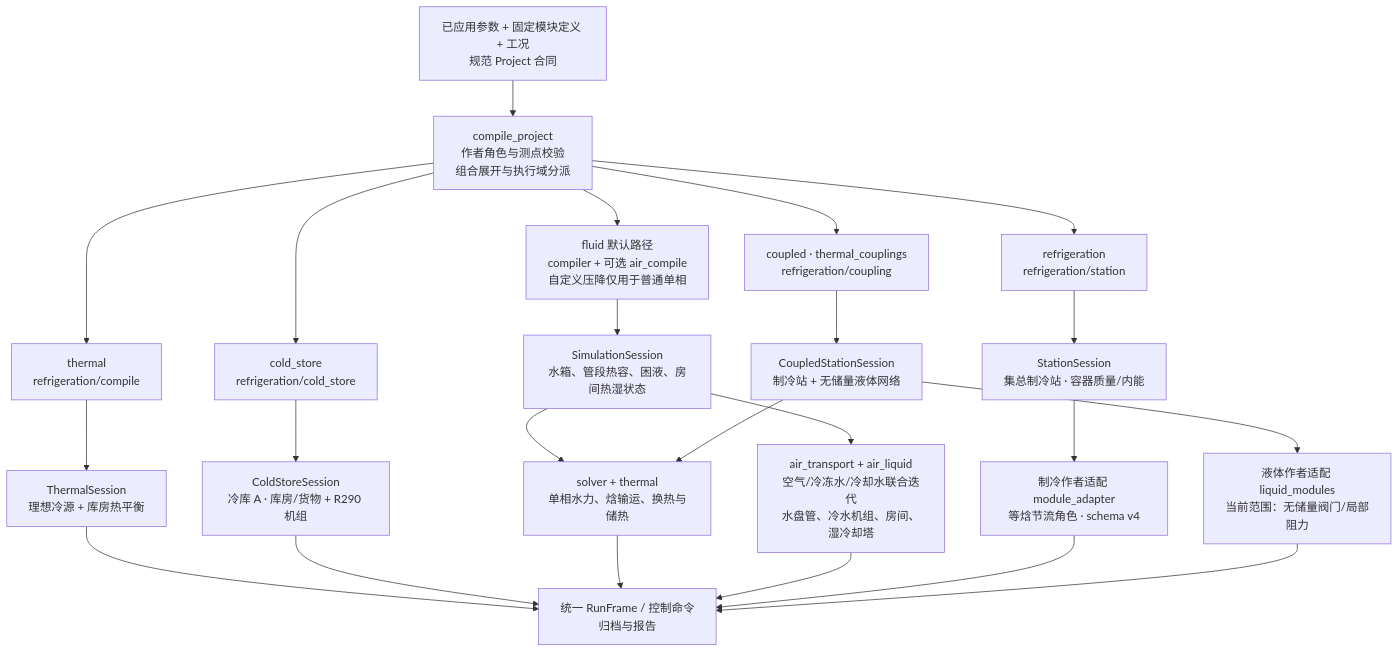
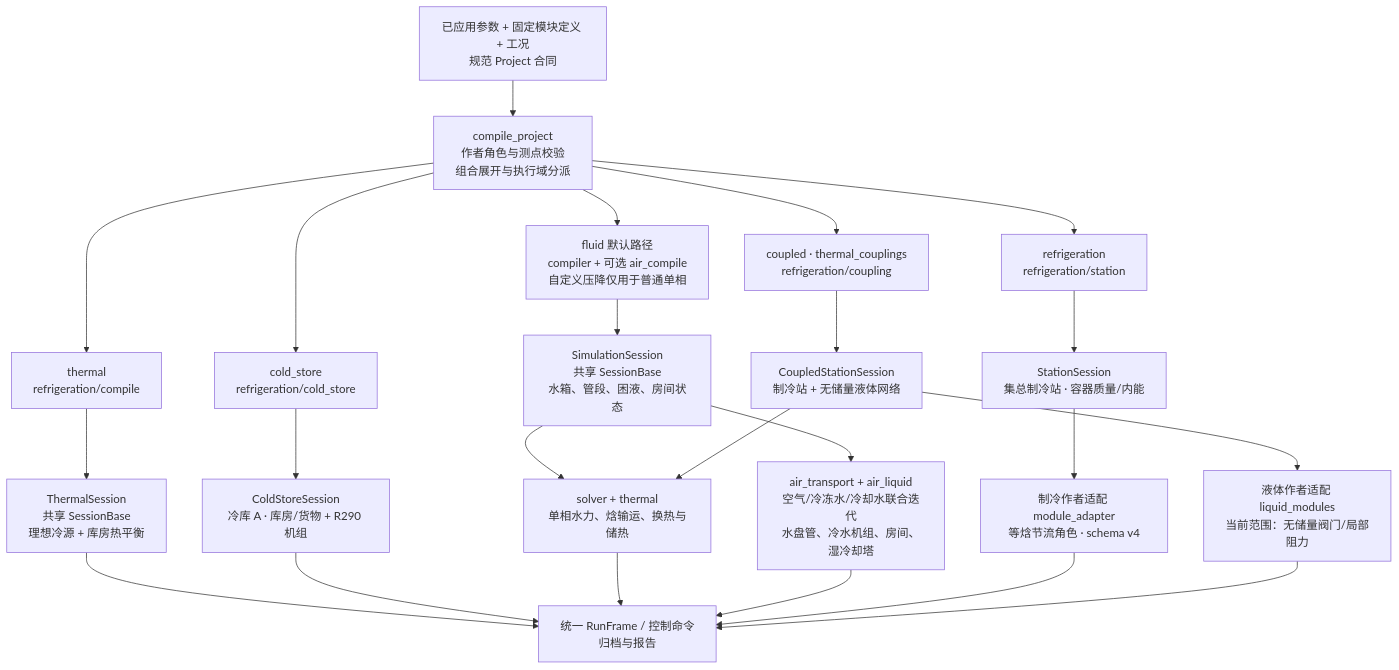
One commit to kongbaifan/fluidnet changed the third of 10 diagrams in fluidnet-prototype-engine/docs/ARCHITECTURE_AND_SEQUENCE.md. Above: the diagram before and after it, drawn with Mermaid. The commit also changed other lines of this file and 19 other files, not shown here.

Commit message:
文档：同步重构后的架构图、迁移证据与完整验收门禁

````diff
--- a/fluidnet-prototype-engine/docs/ARCHITECTURE_AND_SEQUENCE.md
+++ b/fluidnet-prototype-engine/docs/ARCHITECTURE_AND_SEQUENCE.md
@@ -120,25 +124,25 @@
 ```mermaid
 flowchart TB
   P["已应用参数 + 固定模块定义 + 工况<br/>规范 Project 合同"] --> C["compile_project<br/>作者角色与测点校验<br/>组合展开与执行域分派"]
   C --> F["fluid 默认路径<br/>compiler + 可选 air_compile<br/>自定义压降仅用于普通单相"]
   C --> T["thermal<br/>refrigeration/compile"]
   C --> A["cold_store<br/>refrigeration/cold_store"]
   C --> R["refrigeration<br/>refrigeration/station"]
   C --> K["coupled · thermal_couplings<br/>refrigeration/coupling"]
-  F --> FS["SimulationSession<br/>水箱、管段热容、困液、房间热湿状态"]
-  T --> TS["ThermalSession<br/>理想冷源 + 库房热平衡"]
+  F --> FS["SimulationSession<br/>共享 SessionBase<br/>水箱、管段、困液、房间状态"]
+  T --> TS["ThermalSession<br/>共享 SessionBase<br/>理想冷源 + 库房热平衡"]
   A --> AS["ColdStoreSession<br/>冷库 A · 库房/货物 + R290 机组"]
   R --> RS["StationSession<br/>集总制冷站 · 容器质量/内能"]
   K --> KS["CoupledStationSession<br/>制冷站 + 无储量液体网络"]
   FS --> H["solver + thermal<br/>单相水力、焓输运、换热与储热"]
   FS --> AIR["air_transport + air_liquid<br/>空气/冷冻水/冷却水联合迭代<br/>水盘管、冷水机组、房间、湿冷却塔"]
   RS --> RM["制冷作者适配 module_adapter<br/>等焓节流角色 · schema v4"]
   KS --> LM["液体作者适配 liquid_modules<br/>当前范围：无储量阀门/局部阻力"]
   KS --> H
   TS --> OUT["统一 RunFrame / 控制命令<br/>归档与报告"]
   AS --> OUT
   H --> OUT
   AIR --> OUT
   RM --> OUT
   LM --> OUT
 ```
````
